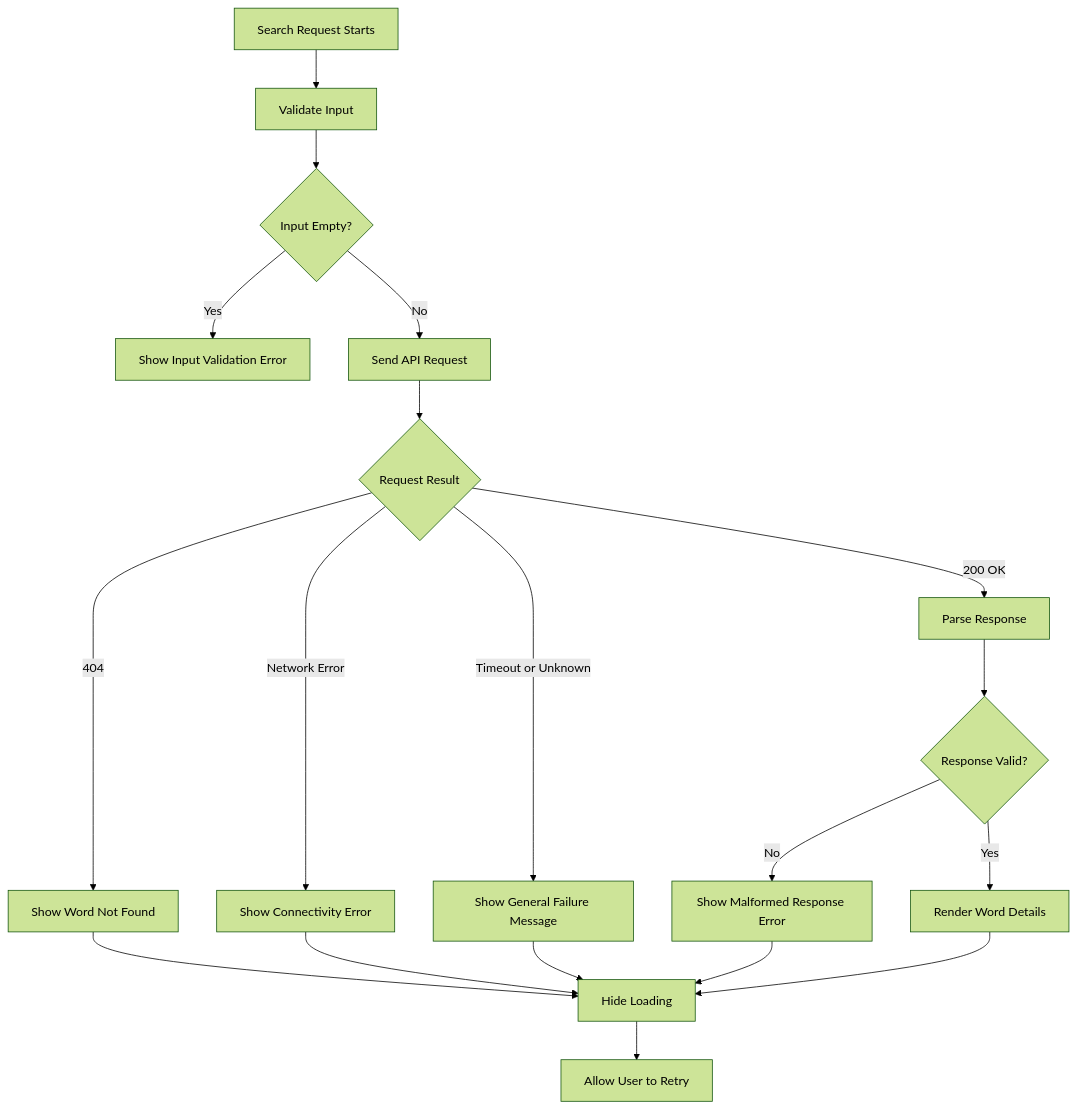
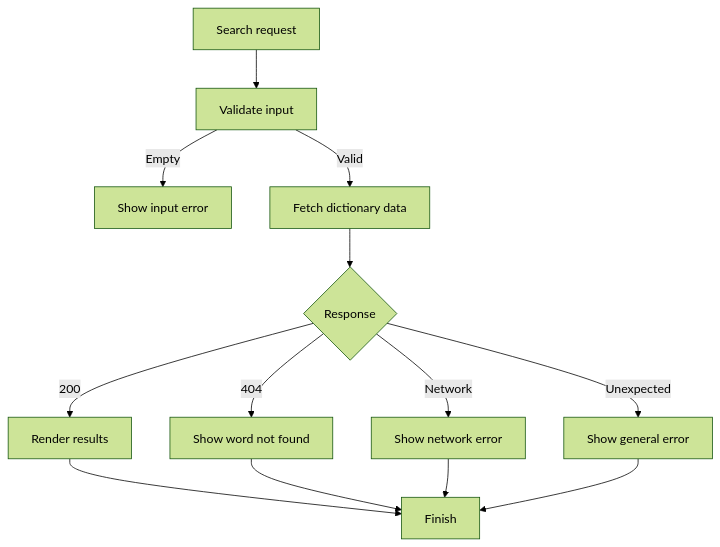
The tenth of 11 diagrams in DOCS.md (m-prosper-10/mobile.dictionary), drawn with Mermaid (forest theme) before and after one commit. The commit also changed other lines of this file and 1 other file, not shown here.

Commit message:
Update architectural documentation to match Expo Router and Datamuse integration and clean up dictionary API service definitions.

````diff
--- a/DOCS.md
+++ b/DOCS.md
@@ -315,27 +333,17 @@
 ```mermaid
 flowchart TD
-    A[Search Request Starts] --> B[Validate Input]
+    Start[Search request] --> Validate[Validate input]
+    Validate -->|Empty| InputError[Show input error]
+    Validate -->|Valid| Request[Fetch dictionary data]
+    Request --> Response{Response}
 
-    B --> C{Input Empty?}
-    C -->|Yes| D[Show Input Validation Error]
-    C -->|No| E[Send API Request]
+    Response -->|200| Render[Render results]
+    Response -->|404| NotFound[Show word not found]
+    Response -->|Network| NetworkError[Show network error]
+    Response -->|Unexpected| GeneralError[Show general error]
 
-    E --> F{Request Result}
-
-    F -->|200 OK| G[Parse Response]
-    F -->|404| H[Show Word Not Found]
-    F -->|Network Error| I[Show Connectivity Error]
-    F -->|Timeout or Unknown| J[Show General Failure Message]
-
-    G --> K{Response Valid?}
-    K -->|Yes| L[Render Word Details]
-    K -->|No| M[Show Malformed Response Error]
-
-    H --> N[Hide Loading]
-    I --> N
-    J --> N
-    M --> N
-    L --> N
-
-    N --> O[Allow User to Retry]
+    Render --> Done[Finish]
+    NotFound --> Done
+    NetworkError --> Done
+    GeneralError --> Done
 ```
````
